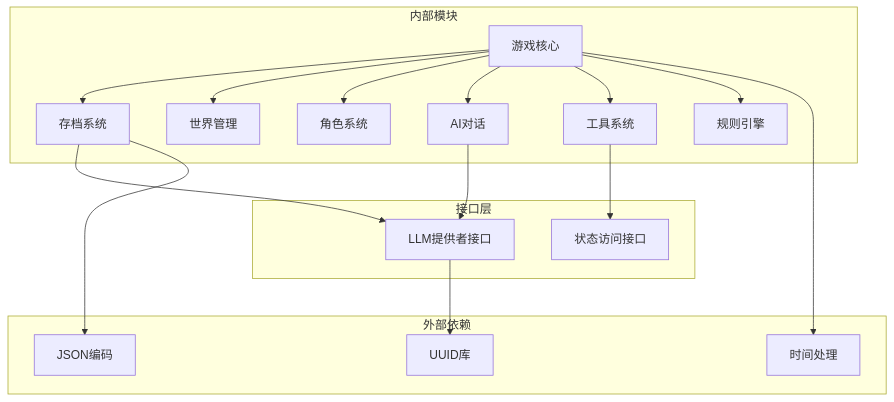
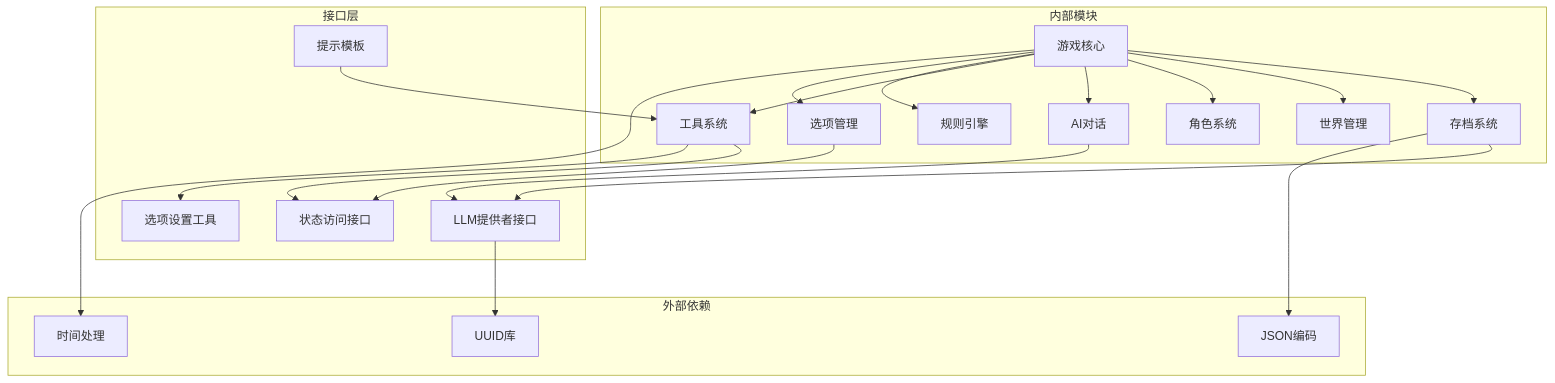
One commit to zwh8800/cdnd changed the ninth of 9 diagrams in .qoder/repowiki/zh/content/游戏引擎架构/状态管理系统.md. Above: the diagram before and after it, drawn with Mermaid. The commit also changed other lines of this file and 5 other files, not shown here.

````diff
--- a/.qoder/repowiki/zh/content/游戏引擎架构/状态管理系统.md
+++ b/.qoder/repowiki/zh/content/游戏引擎架构/状态管理系统.md
@@ -367,33 +433,40 @@
 ```mermaid
 graph TB
 subgraph "外部依赖"
 UUID[UUID库]
 JSON[JSON编码]
 Time[时间处理]
 end
 subgraph "内部模块"
 Game[游戏核心]
 Save[存档系统]
 World[世界管理]
 Character[角色系统]
 LLM[AI对话]
 Tools[工具系统]
 Rules[规则引擎]
+Options[选项管理]
 end
 subgraph "接口层"
 Provider[LLM提供者接口]
 StateAccessor[状态访问接口]
+SetOptionsTool[选项设置工具]
+Prompt[提示模板]
 end
 Game --> Save
 Game --> World
 Game --> Character
 Game --> LLM
 Game --> Tools
 Game --> Rules
+Game --> Options
 Save --> Provider
 Tools --> StateAccessor
+Tools --> SetOptionsTool
 LLM --> Provider
+Options --> StateAccessor
+Prompt --> Tools
 Provider --> UUID
 Save --> JSON
 Game --> Time
 ```
````
